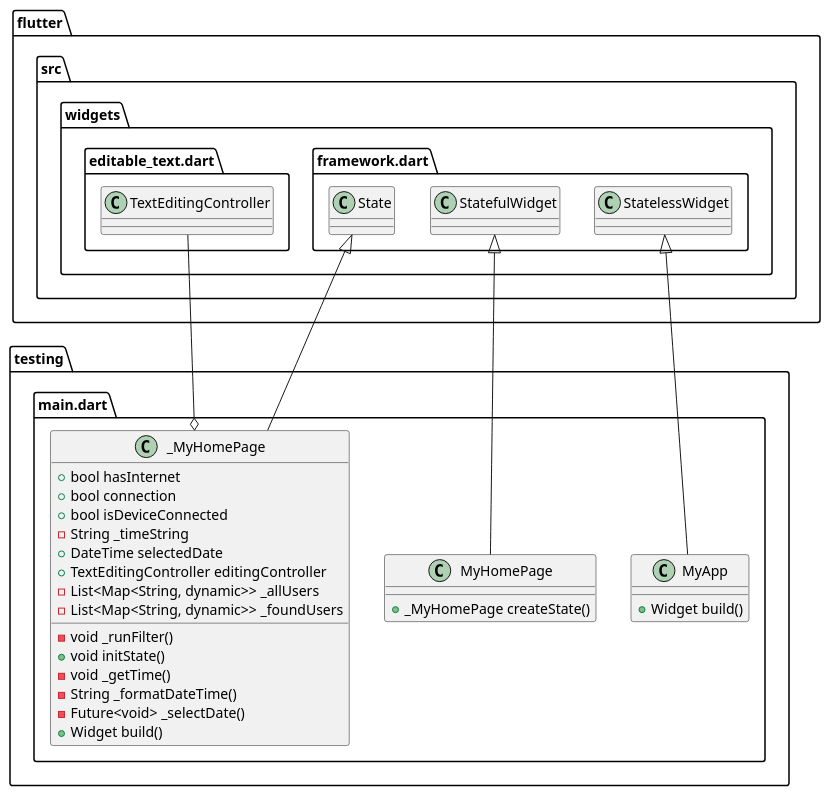
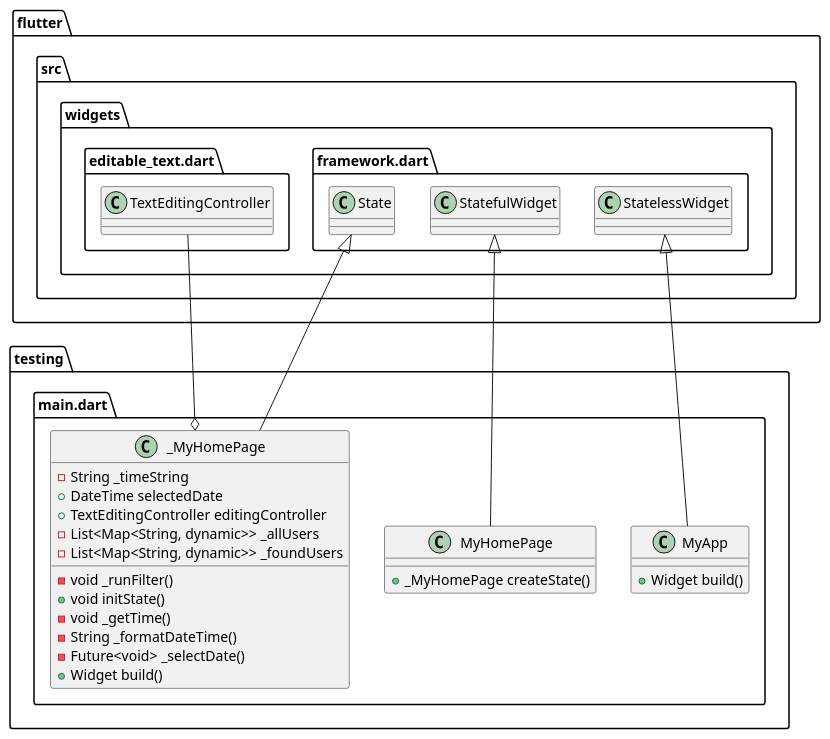
Before and after one commit to Hadjimamas/Testing_Project: the diagram in test.puml, drawn with PlantUML. The commit also changed 1 other file, not shown here.

```diff
--- a/test.puml
+++ b/test.puml
@@ -1,37 +1,34 @@
 @startuml
 set namespaceSeparator ::
 
 class "testing::main.dart::MyApp" {
   +Widget build()
 }
 
 "flutter::src::widgets::framework.dart::StatelessWidget" <|-- "testing::main.dart::MyApp"
 
 class "testing::main.dart::MyHomePage" {
   +_MyHomePage createState()
 }
 
 "flutter::src::widgets::framework.dart::StatefulWidget" <|-- "testing::main.dart::MyHomePage"
 
 class "testing::main.dart::_MyHomePage" {
-  +bool hasInternet
-  +bool connection
-  +bool isDeviceConnected
   -String _timeString
   +DateTime selectedDate
   +TextEditingController editingController
   -List<Map<String, dynamic>> _allUsers
   -List<Map<String, dynamic>> _foundUsers
   -void _runFilter()
   +void initState()
   -void _getTime()
   -String _formatDateTime()
   -Future<void> _selectDate()
   +Widget build()
 }
 
 "testing::main.dart::_MyHomePage" o-- "flutter::src::widgets::editable_text.dart::TextEditingController"
 "flutter::src::widgets::framework.dart::State" <|-- "testing::main.dart::_MyHomePage"
 
 
 @enduml
```
